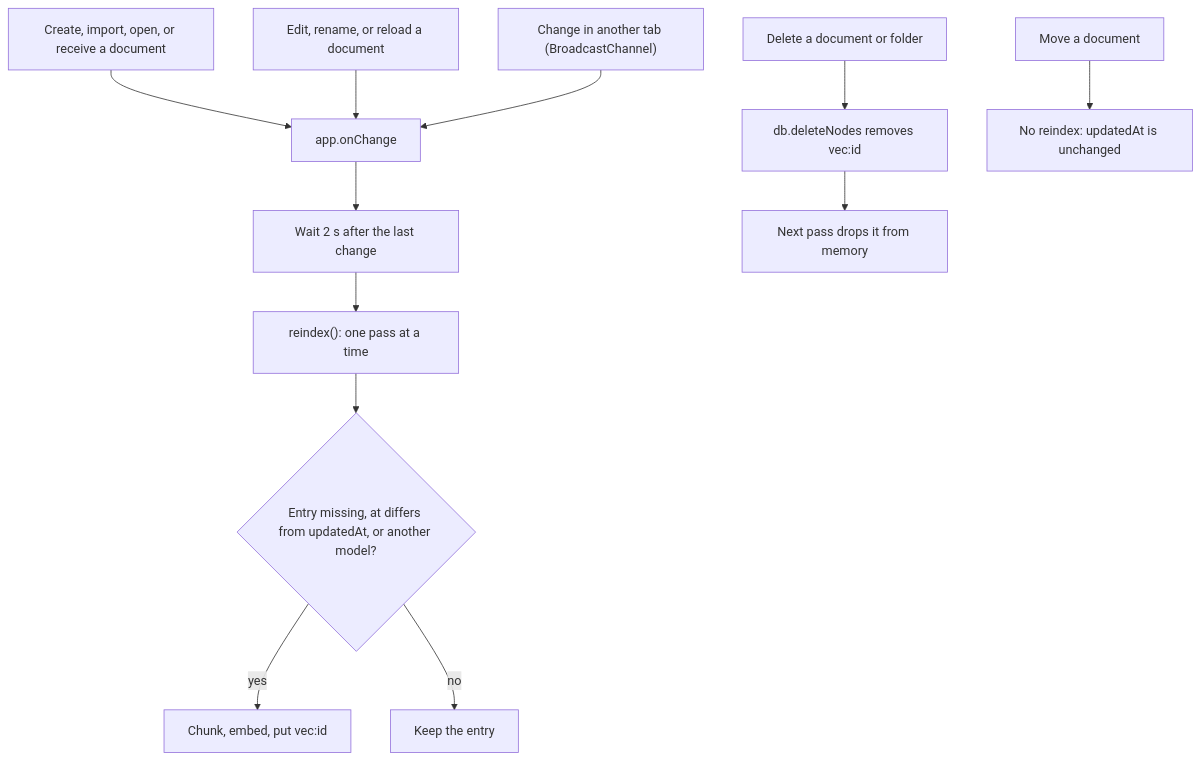
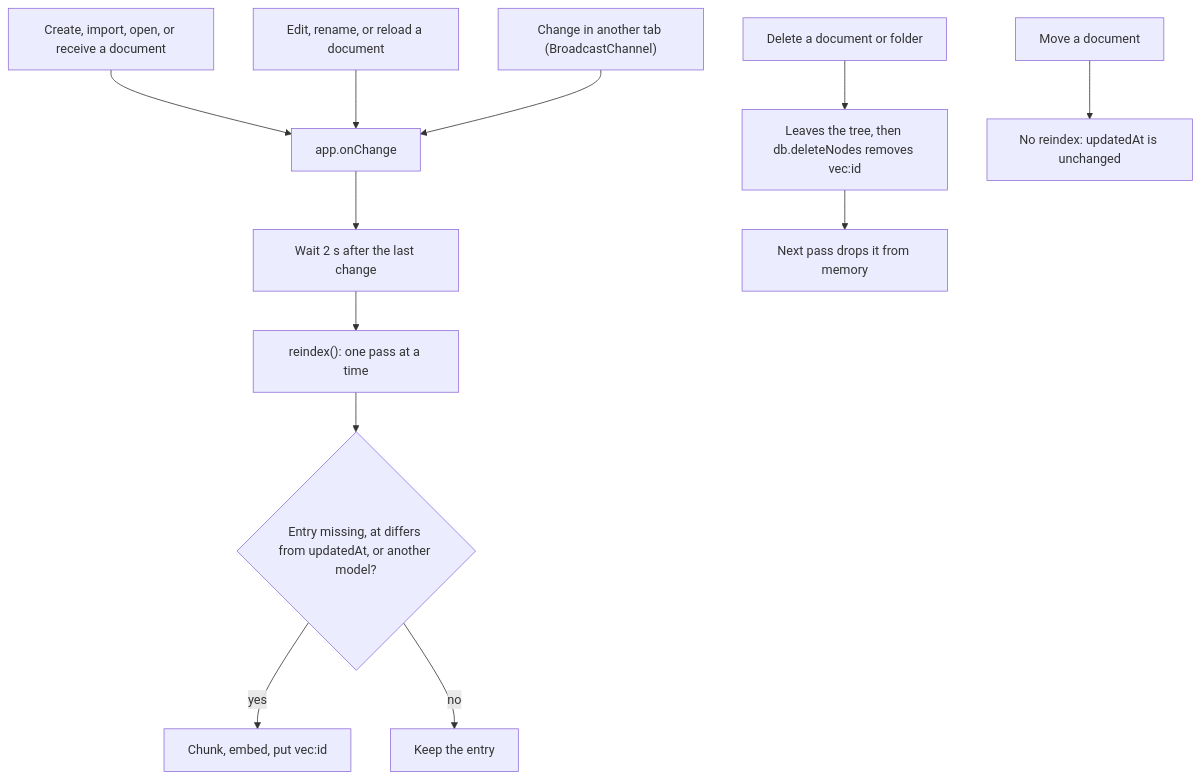
Before and after one commit to secutils-dev/secutils: the third of 4 diagrams in dev/tools/js/mars/README.md, drawn with Mermaid. The commit also changed other lines of this file and 7 other files, not shown here.

````diff
--- a/dev/tools/js/mars/README.md
+++ b/dev/tools/js/mars/README.md
@@ -249,14 +251,14 @@
 ```mermaid
 flowchart TD
     create["Create, import, open, or receive a document"] --> change
     edit["Edit, rename, or reload a document"] --> change
     tab["Change in another tab (BroadcastChannel)"] --> change
     change["app.onChange"] --> wait["Wait 2 s after the last change"]
     wait --> pass["reindex(): one pass at a time"]
     pass --> stale{"Entry missing, at differs from updatedAt, or another model?"}
     stale -- yes --> embed["Chunk, embed, put vec:id"]
     stale -- no --> skip["Keep the entry"]
-    del["Delete a document or folder"] --> drop["db.deleteNodes removes vec:id"]
+    del["Delete a document or folder"] --> drop["Leaves the tree, then db.deleteNodes removes vec:id"]
     drop --> prune["Next pass drops it from memory"]
     move["Move a document"] --> none["No reindex: updatedAt is unchanged"]
 ```
````
